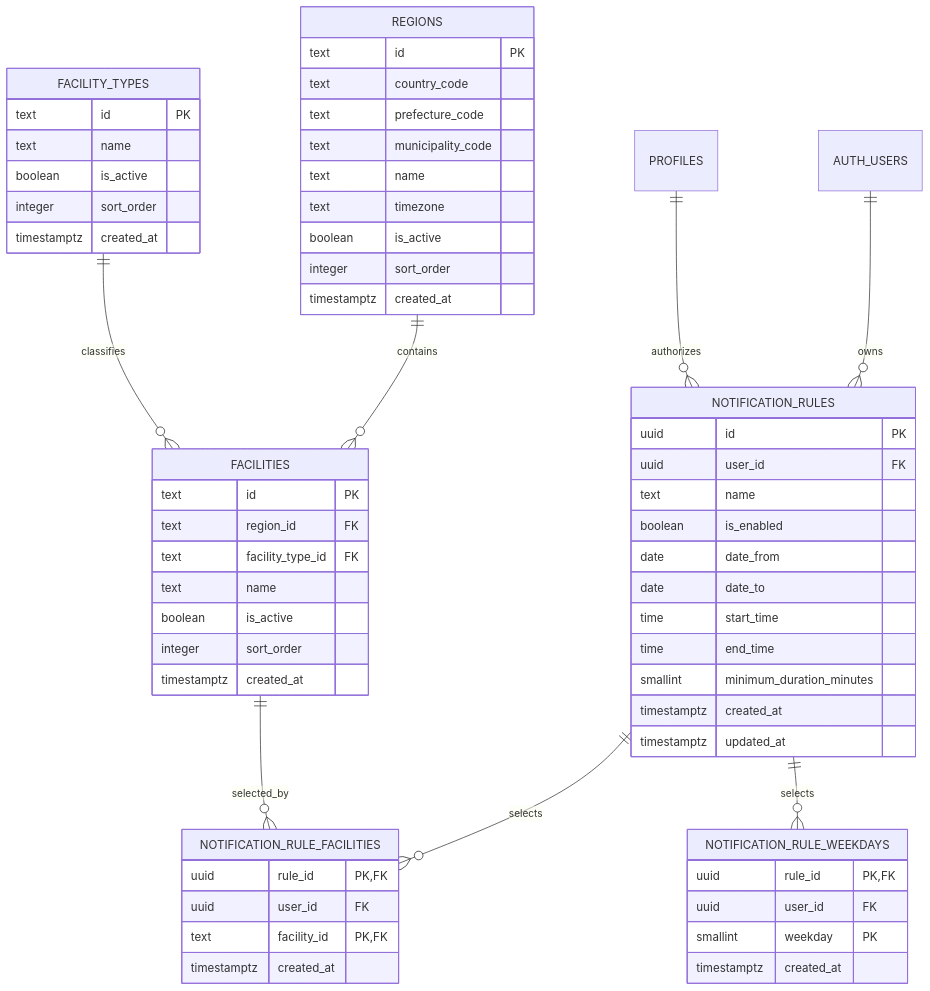
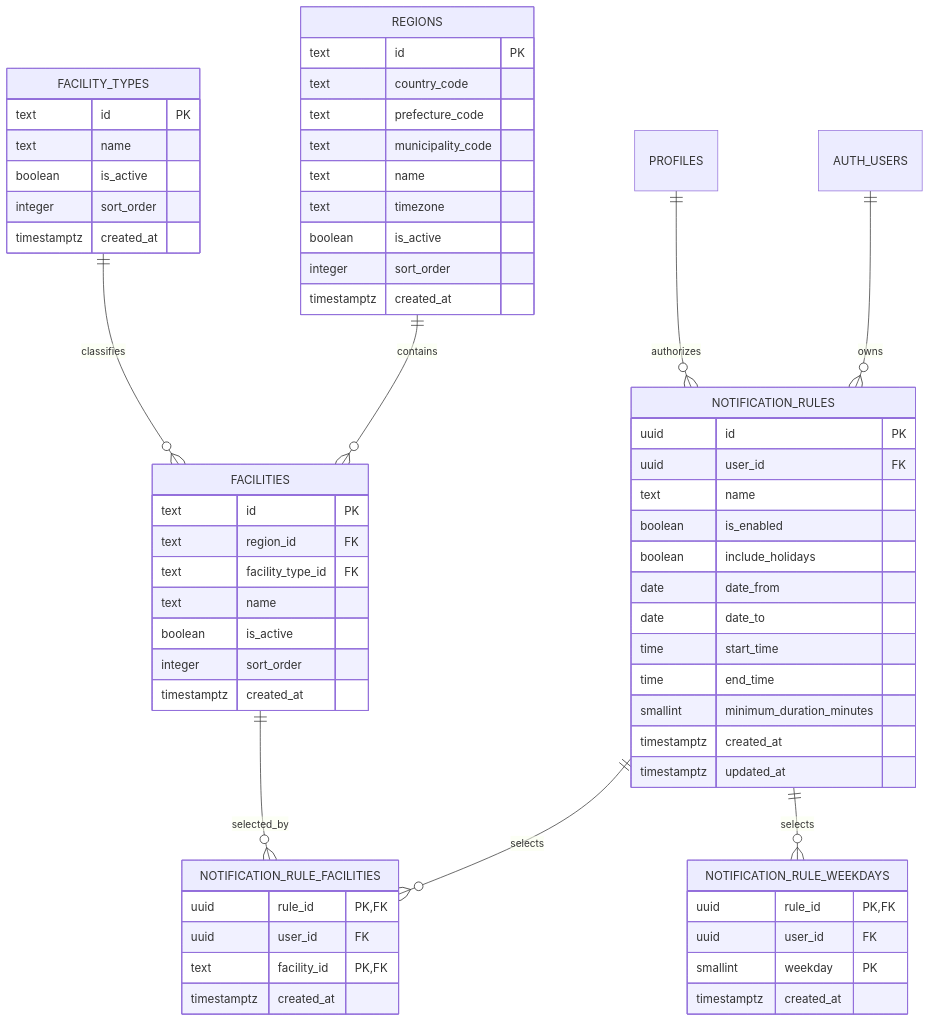
One commit to mtddzd5vw2-gif/tennis-court-watcher changed the diagram in docs/PHASE2_NOTIFICATION_RULES_DESIGN.md. Above: the diagram before and after it, drawn with Mermaid. The commit also changed other lines of this file and 17 other files, not shown here.

````diff
--- a/docs/PHASE2_NOTIFICATION_RULES_DESIGN.md
+++ b/docs/PHASE2_NOTIFICATION_RULES_DESIGN.md
@@ -24,63 +24,64 @@
 ```mermaid
 erDiagram
     AUTH_USERS ||--o{ NOTIFICATION_RULES : owns
     PROFILES ||--o{ NOTIFICATION_RULES : authorizes
     REGIONS ||--o{ FACILITIES : contains
     FACILITY_TYPES ||--o{ FACILITIES : classifies
     NOTIFICATION_RULES ||--o{ NOTIFICATION_RULE_FACILITIES : selects
     FACILITIES ||--o{ NOTIFICATION_RULE_FACILITIES : selected_by
     NOTIFICATION_RULES ||--o{ NOTIFICATION_RULE_WEEKDAYS : selects
 
     REGIONS {
         text id PK
         text country_code
         text prefecture_code
         text municipality_code
         text name
         text timezone
         boolean is_active
         integer sort_order
         timestamptz created_at
     }
     FACILITY_TYPES {
         text id PK
         text name
         boolean is_active
         integer sort_order
         timestamptz created_at
     }
     FACILITIES {
         text id PK
         text region_id FK
         text facility_type_id FK
         text name
         boolean is_active
         integer sort_order
         timestamptz created_at
     }
     NOTIFICATION_RULES {
         uuid id PK
         uuid user_id FK
         text name
         boolean is_enabled
+        boolean include_holidays
         date date_from
         date date_to
         time start_time
         time end_time
         smallint minimum_duration_minutes
         timestamptz created_at
         timestamptz updated_at
     }
     NOTIFICATION_RULE_FACILITIES {
         uuid rule_id PK,FK
         uuid user_id FK
         text facility_id PK,FK
         timestamptz created_at
     }
     NOTIFICATION_RULE_WEEKDAYS {
         uuid rule_id PK,FK
         uuid user_id FK
         smallint weekday PK
         timestamptz created_at
     }
 ```
````
